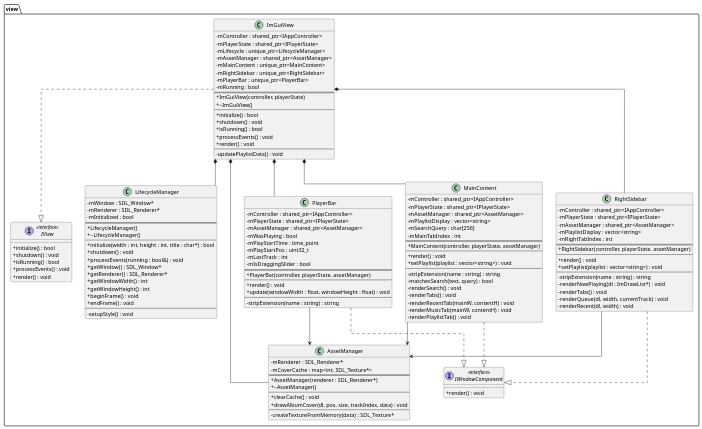
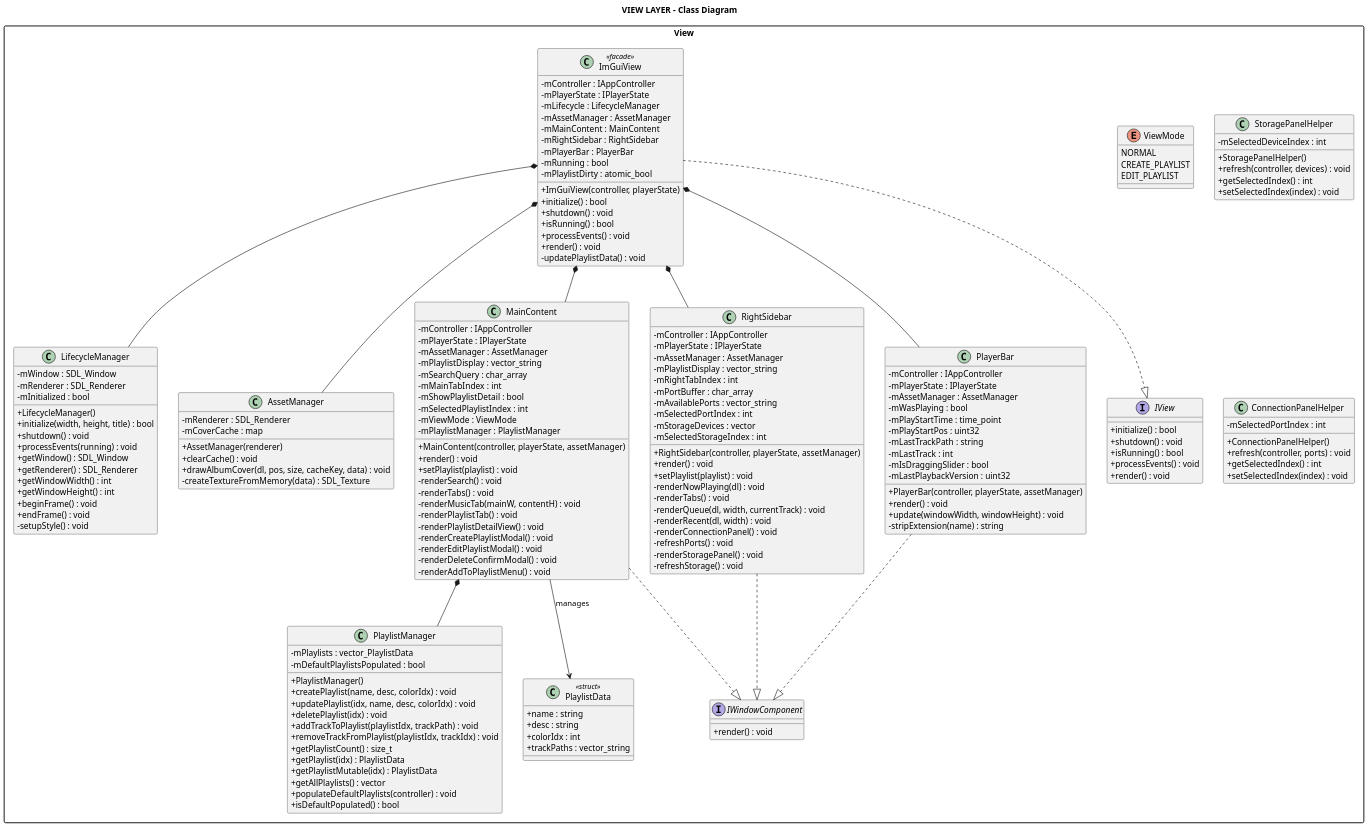
One commit to quan27092002-ctrl/MusicPlayer changed the diagram in uml/lowlevel/class_diagram_view.puml. Above: the diagram before and after it, drawn with PlantUML. The commit also changed 3 other files, not shown here.

```diff
--- a/uml/lowlevel/class_diagram_view.puml
+++ b/uml/lowlevel/class_diagram_view.puml
@@ -1,160 +1,194 @@
 @startuml class_diagram_view
-' ============================================================================
-' S32K_MediaPlayer - View Layer Class Diagram
-' ============================================================================
 skinparam classAttributeIconSize 0
-skinparam linetype ortho
-skinparam groupInheritance 2
+skinparam dpi 150
+skinparam packageStyle rectangle
 
-' ============================================================================
-' PACKAGE: View
-' ============================================================================
-package "view" {
-    ' ---- Interface ----
-    interface IView <<interface>> {
+title VIEW LAYER - Class Diagram
+
+package "View" {
+    
+    interface IView {
         +initialize() : bool
         +shutdown() : void
         +isRunning() : bool
         +processEvents() : void
         +render() : void
     }
-
-    interface IWindowComponent <<interface>> {
+    
+    interface IWindowComponent {
         +render() : void
     }
-
-    ' ---- Manager Classes ----
-    class LifecycleManager {
-        -mWindow : SDL_Window*
-        -mRenderer : SDL_Renderer*
-        -mInitialized : bool
-        ==
-        +LifecycleManager()
-        +~LifecycleManager()
-        --
-        +initialize(width : int, height : int, title : char*) : bool
-        +shutdown() : void
-        +processEvents(running : bool&) : void
-        +getWindow() : SDL_Window*
-        +getRenderer() : SDL_Renderer*
-        +getWindowWidth() : int
-        +getWindowHeight() : int
-        +beginFrame() : void
-        +endFrame() : void
-        --
-        -setupStyle() : void
+    
+    class PlaylistData <<struct>> {
+        +name : string
+        +desc : string
+        +colorIdx : int
+        +trackPaths : vector_string
     }
-
-    class AssetManager {
-        -mRenderer : SDL_Renderer*
-        -mCoverCache : map<int, SDL_Texture*>
-        ==
-        +AssetManager(renderer : SDL_Renderer*)
-        +~AssetManager()
-        --
-        +clearCache() : void
-        +drawAlbumCover(dl, pos, size, trackIndex, data) : void
-        --
-        -createTextureFromMemory(data) : SDL_Texture*
+    
+    enum ViewMode {
+        NORMAL
+        CREATE_PLAYLIST
+        EDIT_PLAYLIST
     }
-
-    ' ---- UI Components ----
-    class MainContent {
-        -mController : shared_ptr<IAppController>
-        -mPlayerState : shared_ptr<IPlayerState>
-        -mAssetManager : shared_ptr<AssetManager>
-        -mPlaylistDisplay : vector<string>
-        -mSearchQuery : char[256]
-        -mMainTabIndex : int
-        ==
-        +MainContent(controller, playerState, assetManager)
-        --
-        +render() : void
-        +setPlaylist(playlist : vector<string>) : void
-        --
-        -stripExtension(name : string) : string
-        -matchesSearch(text, query) : bool
-        -renderSearch() : void
-        -renderTabs() : void
-        -renderRecentTab(mainW, contentH) : void
-        -renderMusicTab(mainW, contentH) : void
-        -renderPlaylistTab() : void
-    }
-
-    class RightSidebar {
-        -mController : shared_ptr<IAppController>
-        -mPlayerState : shared_ptr<IPlayerState>
-        -mAssetManager : shared_ptr<AssetManager>
-        -mPlaylistDisplay : vector<string>
-        -mRightTabIndex : int
-        ==
-        +RightSidebar(controller, playerState, assetManager)
-        --
-        +render() : void
-        +setPlaylist(playlist : vector<string>) : void
-        --
-        -stripExtension(name : string) : string
-        -renderNowPlaying(dl : ImDrawList*) : void
-        -renderTabs() : void
-        -renderQueue(dl, width, currentTrack) : void
-        -renderRecent(dl, width) : void
-    }
-
-    class PlayerBar {
-        -mController : shared_ptr<IAppController>
-        -mPlayerState : shared_ptr<IPlayerState>
-        -mAssetManager : shared_ptr<AssetManager>
-        -mWasPlaying : bool
-        -mPlayStartTime : time_point
-        -mPlayStartPos : uint32_t
-        -mLastTrack : int
-        -mIsDraggingSlider : bool
-        ==
-        +PlayerBar(controller, playerState, assetManager)
-        --
-        +render() : void
-        +update(windowWidth : float, windowHeight : float) : void
-        --
-        -stripExtension(name : string) : string
-    }
-
-    ' ---- Main Facade ----
-    class ImGuiView {
-        -mController : shared_ptr<IAppController>
-        -mPlayerState : shared_ptr<IPlayerState>
-        -mLifecycle : unique_ptr<LifecycleManager>
-        -mAssetManager : shared_ptr<AssetManager>
-        -mMainContent : unique_ptr<MainContent>
-        -mRightSidebar : unique_ptr<RightSidebar>
-        -mPlayerBar : unique_ptr<PlayerBar>
+    
+    class ImGuiView <<facade>> {
+        -mController : IAppController
+        -mPlayerState : IPlayerState
+        -mLifecycle : LifecycleManager
+        -mAssetManager : AssetManager
+        -mMainContent : MainContent
+        -mRightSidebar : RightSidebar
+        -mPlayerBar : PlayerBar
         -mRunning : bool
-        ==
+        -mPlaylistDirty : atomic_bool
         +ImGuiView(controller, playerState)
-        +~ImGuiView()
-        --
         +initialize() : bool
         +shutdown() : void
         +isRunning() : bool
         +processEvents() : void
         +render() : void
-        --
         -updatePlaylistData() : void
     }
-
-    ' ---- Relationships ----
+    
+    class LifecycleManager {
+        -mWindow : SDL_Window
+        -mRenderer : SDL_Renderer
+        -mInitialized : bool
+        +LifecycleManager()
+        +initialize(width, height, title) : bool
+        +shutdown() : void
+        +processEvents(running) : void
+        +getWindow() : SDL_Window
+        +getRenderer() : SDL_Renderer
+        +getWindowWidth() : int
+        +getWindowHeight() : int
+        +beginFrame() : void
+        +endFrame() : void
+        -setupStyle() : void
+    }
+    
+    class AssetManager {
+        -mRenderer : SDL_Renderer
+        -mCoverCache : map
+        +AssetManager(renderer)
+        +clearCache() : void
+        +drawAlbumCover(dl, pos, size, cacheKey, data) : void
+        -createTextureFromMemory(data) : SDL_Texture
+    }
+    
+    class PlaylistManager {
+        -mPlaylists : vector_PlaylistData
+        -mDefaultPlaylistsPopulated : bool
+        +PlaylistManager()
+        +createPlaylist(name, desc, colorIdx) : void
+        +updatePlaylist(idx, name, desc, colorIdx) : void
+        +deletePlaylist(idx) : void
+        +addTrackToPlaylist(playlistIdx, trackPath) : void
+        +removeTrackFromPlaylist(playlistIdx, trackIdx) : void
+        +getPlaylistCount() : size_t
+        +getPlaylist(idx) : PlaylistData
+        +getPlaylistMutable(idx) : PlaylistData
+        +getAllPlaylists() : vector
+        +populateDefaultPlaylists(controller) : void
+        +isDefaultPopulated() : bool
+    }
+    
+    class MainContent {
+        -mController : IAppController
+        -mPlayerState : IPlayerState
+        -mAssetManager : AssetManager
+        -mPlaylistDisplay : vector_string
+        -mSearchQuery : char_array
+        -mMainTabIndex : int
+        -mShowPlaylistDetail : bool
+        -mSelectedPlaylistIndex : int
+        -mViewMode : ViewMode
+        -mPlaylistManager : PlaylistManager
+        +MainContent(controller, playerState, assetManager)
+        +render() : void
+        +setPlaylist(playlist) : void
+        -renderSearch() : void
+        -renderTabs() : void
+        -renderMusicTab(mainW, contentH) : void
+        -renderPlaylistTab() : void
+        -renderPlaylistDetailView() : void
+        -renderCreatePlaylistModal() : void
+        -renderEditPlaylistModal() : void
+        -renderDeleteConfirmModal() : void
+        -renderAddToPlaylistMenu() : void
+    }
+    
+    class RightSidebar {
+        -mController : IAppController
+        -mPlayerState : IPlayerState
+        -mAssetManager : AssetManager
+        -mPlaylistDisplay : vector_string
+        -mRightTabIndex : int
+        -mPortBuffer : char_array
+        -mAvailablePorts : vector_string
+        -mSelectedPortIndex : int
+        -mStorageDevices : vector
+        -mSelectedStorageIndex : int
+        +RightSidebar(controller, playerState, assetManager)
+        +render() : void
+        +setPlaylist(playlist) : void
+        -renderNowPlaying(dl) : void
+        -renderTabs() : void
+        -renderQueue(dl, width, currentTrack) : void
+        -renderRecent(dl, width) : void
+        -renderConnectionPanel() : void
+        -refreshPorts() : void
+        -renderStoragePanel() : void
+        -refreshStorage() : void
+    }
+    
+    class PlayerBar {
+        -mController : IAppController
+        -mPlayerState : IPlayerState
+        -mAssetManager : AssetManager
+        -mWasPlaying : bool
+        -mPlayStartTime : time_point
+        -mPlayStartPos : uint32
+        -mLastTrackPath : string
+        -mLastTrack : int
+        -mIsDraggingSlider : bool
+        -mLastPlaybackVersion : uint32
+        +PlayerBar(controller, playerState, assetManager)
+        +render() : void
+        +update(windowWidth, windowHeight) : void
+        -stripExtension(name) : string
+    }
+    
+    class StoragePanelHelper {
+        -mSelectedDeviceIndex : int
+        +StoragePanelHelper()
+        +refresh(controller, devices) : void
+        +getSelectedIndex() : int
+        +setSelectedIndex(index) : void
+    }
+    
+    class ConnectionPanelHelper {
+        -mSelectedPortIndex : int
+        +ConnectionPanelHelper()
+        +refresh(controller, ports) : void
+        +getSelectedIndex() : int
+        +setSelectedIndex(index) : void
+    }
+    
     ImGuiView ..|> IView
     MainContent ..|> IWindowComponent
     RightSidebar ..|> IWindowComponent
     PlayerBar ..|> IWindowComponent
-
+    
     ImGuiView *-- LifecycleManager
     ImGuiView *-- AssetManager
     ImGuiView *-- MainContent
     ImGuiView *-- RightSidebar
     ImGuiView *-- PlayerBar
+    
+    MainContent *-- PlaylistManager
+    MainContent --> PlaylistData : manages
+}
 
-    MainContent --> AssetManager 
-    RightSidebar --> AssetManager 
-    PlayerBar --> AssetManager
-}
 @enduml
```
